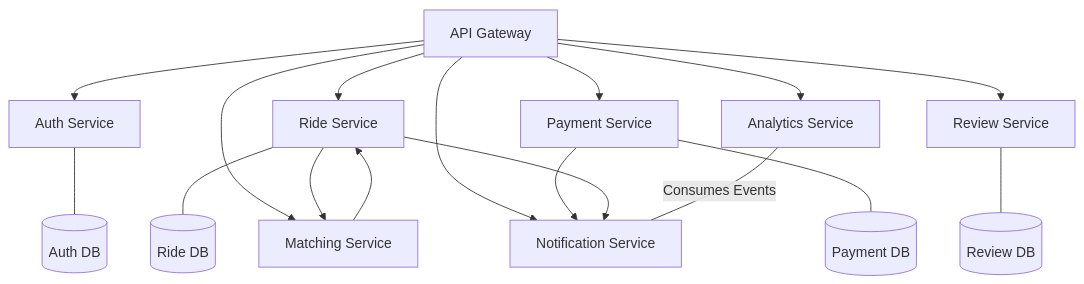
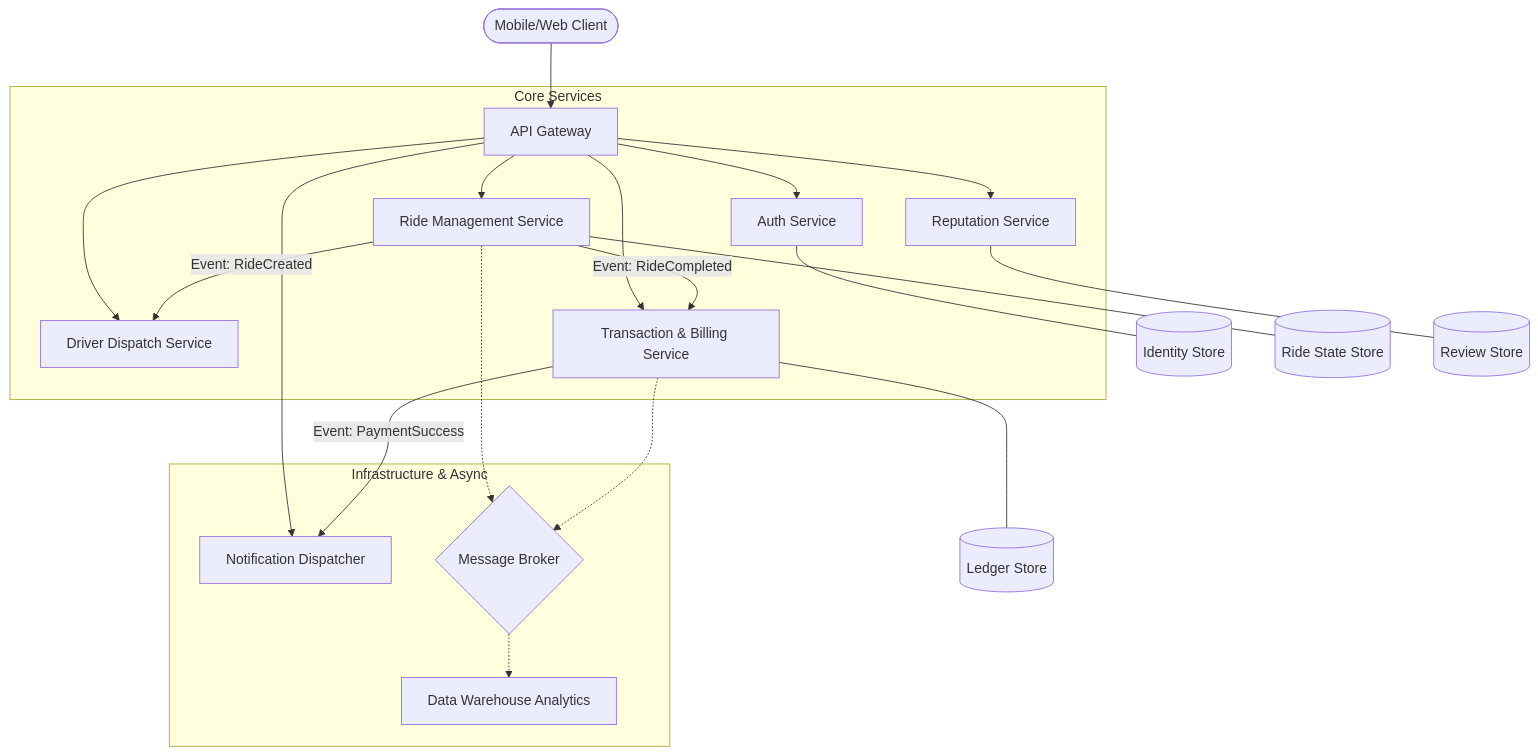
One commit to Nesimi-APP/holbertonschool-ai4devs changed the diagram in architecture_blueprint_assistant/microservices_architecture.mmd. Above: the diagram before and after it, drawn with Mermaid.

```diff
--- a/architecture_blueprint_assistant/microservices_architecture.mmd
+++ b/architecture_blueprint_assistant/microservices_architecture.mmd
@@ -1,19 +1,27 @@
 graph TD
-    A[API Gateway] --> B[Auth Service]
-    A --> C[Ride Service]
-    A --> D[Payment Service]
-    A --> E[Notification Service]
-    A --> F[Analytics Service]
-    A --> G[Review Service]
-    A --> H[Matching Service]
+    Client([Mobile/Web Client]) --> Gateway[API Gateway]
+    
+    subgraph "Core Services"
+        Gateway --> Auth[Auth Service]
+        Gateway --> Ride[Ride Management Service]
+        Gateway --> Match[Driver Dispatch Service]
+        Gateway --> Pay[Transaction & Billing Service]
+        Gateway --> Review[Reputation Service]
+    end
 
-    B --- B_DB[(Auth DB)]
-    C --- C_DB[(Ride DB)]
-    D --- D_DB[(Payment DB)]
-    G --- G_DB[(Review DB)]
+    subgraph "Infrastructure & Async"
+        Gateway --> Notify[Notification Dispatcher]
+        Ride -- "Event: RideCreated" --> Match
+        Pay -- "Event: PaymentSuccess" --> Notify
+        Ride -- "Event: RideCompleted" --> Pay
+        
+        Events{Message Broker}
+        Ride -.-> Events
+        Pay -.-> Events
+        Events -.-> Analytics[Data Warehouse Analytics]
+    end
 
-    C --> H
-    H --> C
-    D --> E
-    C --> E
-    F ---|Consumes Events| E
+    Auth --- AuthDB[(Identity Store)]
+    Ride --- RideDB[(Ride State Store)]
+    Pay --- PayDB[(Ledger Store)]
+    Review --- RevDB[(Review Store)]
```
